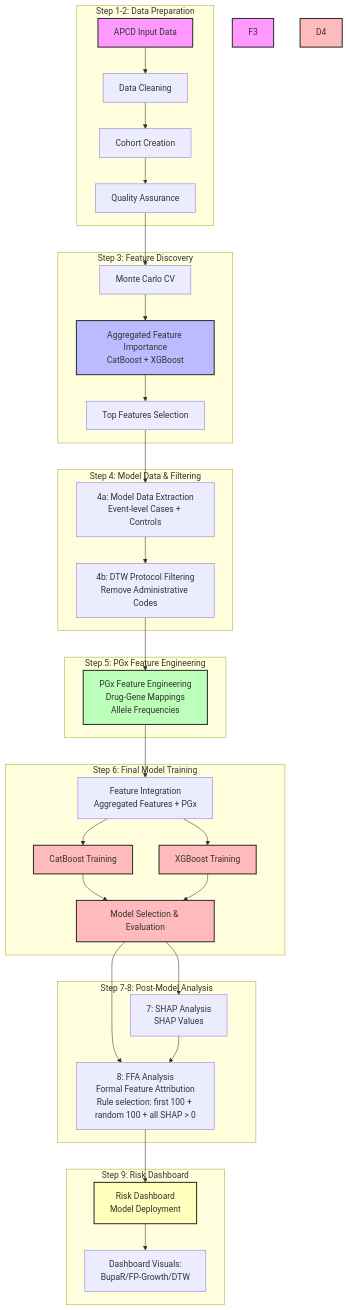
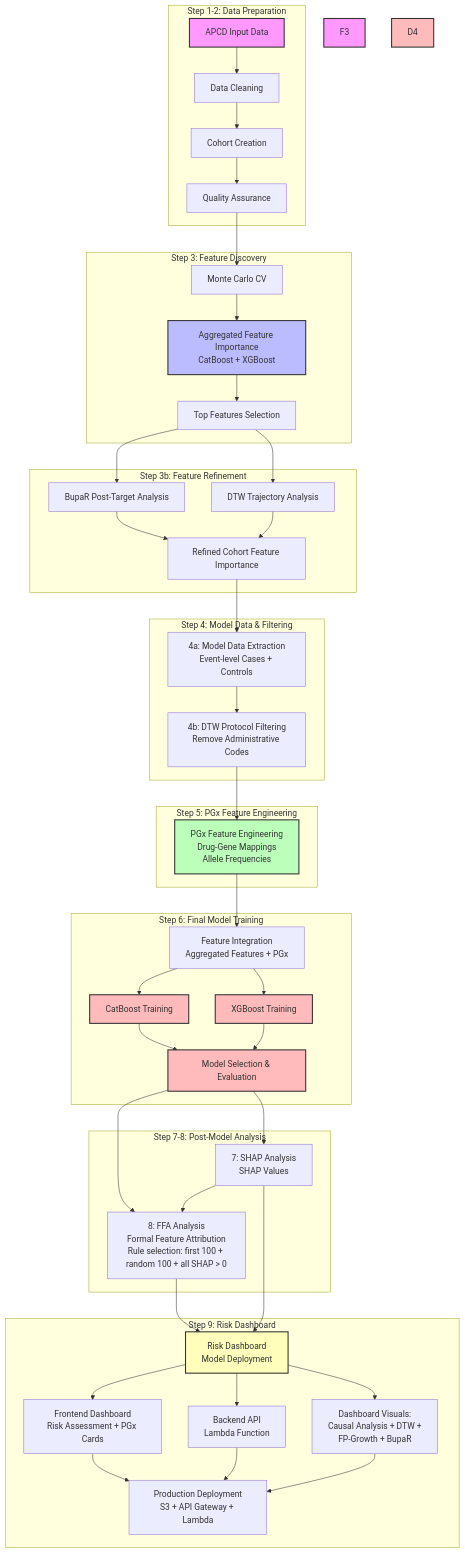
One commit to Jerome3590/pgx-analysis changed the second of 2 diagrams in docs/README_overview.md. Above: the diagram before and after it, drawn with Mermaid. The commit also changed other lines of this file and 228 other files, not shown here.

````diff
--- a/docs/README_overview.md
+++ b/docs/README_overview.md
@@ -113,53 +115,66 @@
 ```mermaid
 flowchart TD
     subgraph "Step 1-2: Data Preparation"
         A1[APCD Input Data] --> A2[Data Cleaning]
         A2 --> A3[Cohort Creation]
         A3 --> A4[Quality Assurance]
     end
     
     subgraph "Step 3: Feature Discovery"
         A4 --> B1[Monte Carlo CV]
         B1 --> B2[Aggregated Feature Importance<br/>CatBoost + XGBoost]
         B2 --> B3[Top Features Selection]
     end
     
+    subgraph "Step 3b: Feature Refinement"
+        B3 --> B4[BupaR Post-Target Analysis]
+        B3 --> B5[DTW Trajectory Analysis]
+        B4 --> B6[Refined Cohort Feature Importance]
+        B5 --> B6
+    end
+    
     subgraph "Step 4: Model Data & Filtering"
-        B3 --> C1[4a: Model Data Extraction<br/>Event-level Cases + Controls]
+        B6 --> C1[4a: Model Data Extraction<br/>Event-level Cases + Controls]
         C1 --> C2[4b: DTW Protocol Filtering<br/>Remove Administrative Codes]
     end
     
     subgraph "Step 5: PGx Feature Engineering"
         C2 --> D1[PGx Feature Engineering<br/>Drug-Gene Mappings<br/>Allele Frequencies]
     end
     
     subgraph "Step 6: Final Model Training"
         D1 --> E1[Feature Integration<br/>Aggregated Features + PGx]
         E1 --> E2[CatBoost Training]
         E1 --> E3[XGBoost Training]
         E2 --> E4[Model Selection & Evaluation]
         E3 --> E4
     end
     
     subgraph "Step 7-8: Post-Model Analysis"
         E4 --> F1[7: SHAP Analysis<br/>SHAP Values]
         E4 --> F2[8: FFA Analysis<br/>Formal Feature Attribution<br/>Rule selection: first 100 + random 100 + all SHAP > 0]
         F1 --> F2
     end
     
     subgraph "Step 9: Risk Dashboard"
         F2 --> G1[Risk Dashboard<br/>Model Deployment]
-        G1 --> G2[Dashboard Visuals:<br/>BupaR/FP-Growth/DTW]
+        F1 --> G1
+        G1 --> G2[Frontend Dashboard<br/>Risk Assessment + PGx Cards]
+        G1 --> G3[Backend API<br/>Lambda Function]
+        G1 --> G4[Dashboard Visuals:<br/>Causal Analysis + DTW +<br/>FP-Growth + BupaR]
+        G2 --> G5[Production Deployment<br/>S3 + API Gateway + Lambda]
+        G3 --> G5
+        G4 --> G5
     end
     
     style A1 fill:#f9f,stroke:#333,stroke-width:2px
     style B2 fill:#bbf,stroke:#333,stroke-width:2px
     style D1 fill:#bfb,stroke:#333,stroke-width:2px
     style E4 fill:#fbb,stroke:#333,stroke-width:2px
     style F3 fill:#fbf,stroke:#333,stroke-width:2px
     style G1 fill:#ffb,stroke:#333,stroke-width:2px
     style D4 fill:#fbb,stroke:#333,stroke-width:2px
     style E2 fill:#fbb,stroke:#333,stroke-width:2px
     style E3 fill:#fbb,stroke:#333,stroke-width:2px
     style F3 fill:#f9f,stroke:#333,stroke-width:2px
 ```
````
